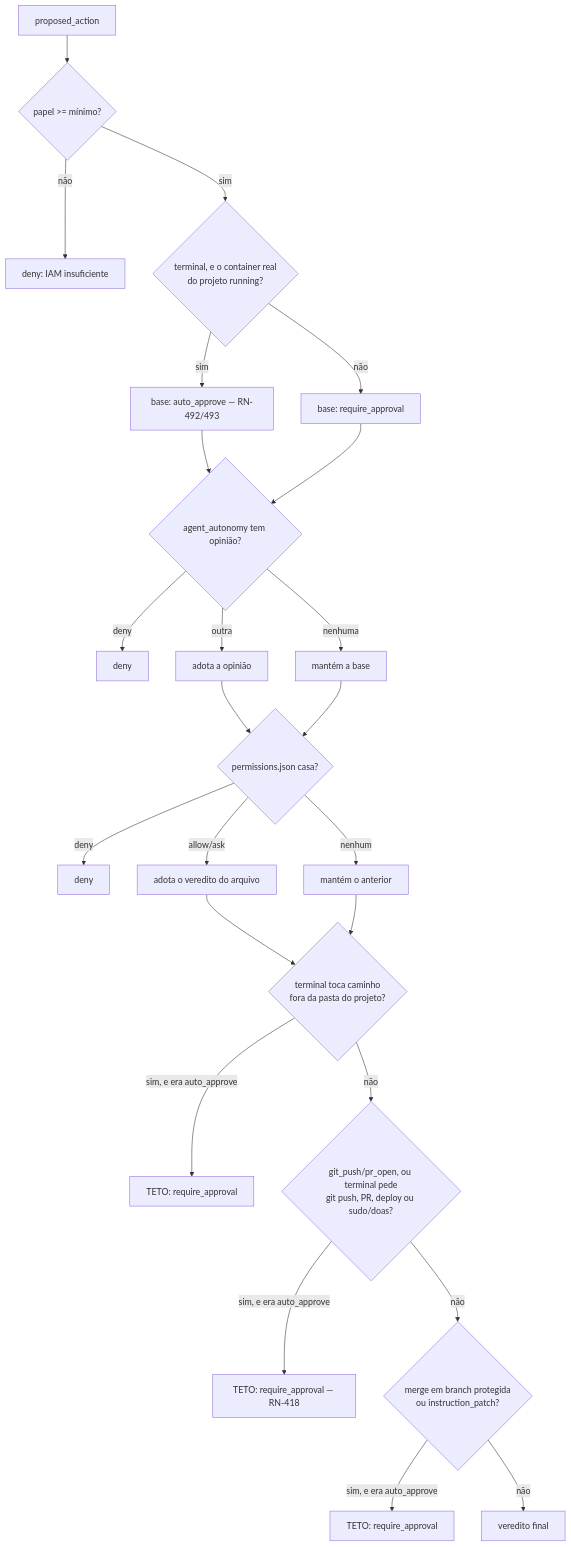
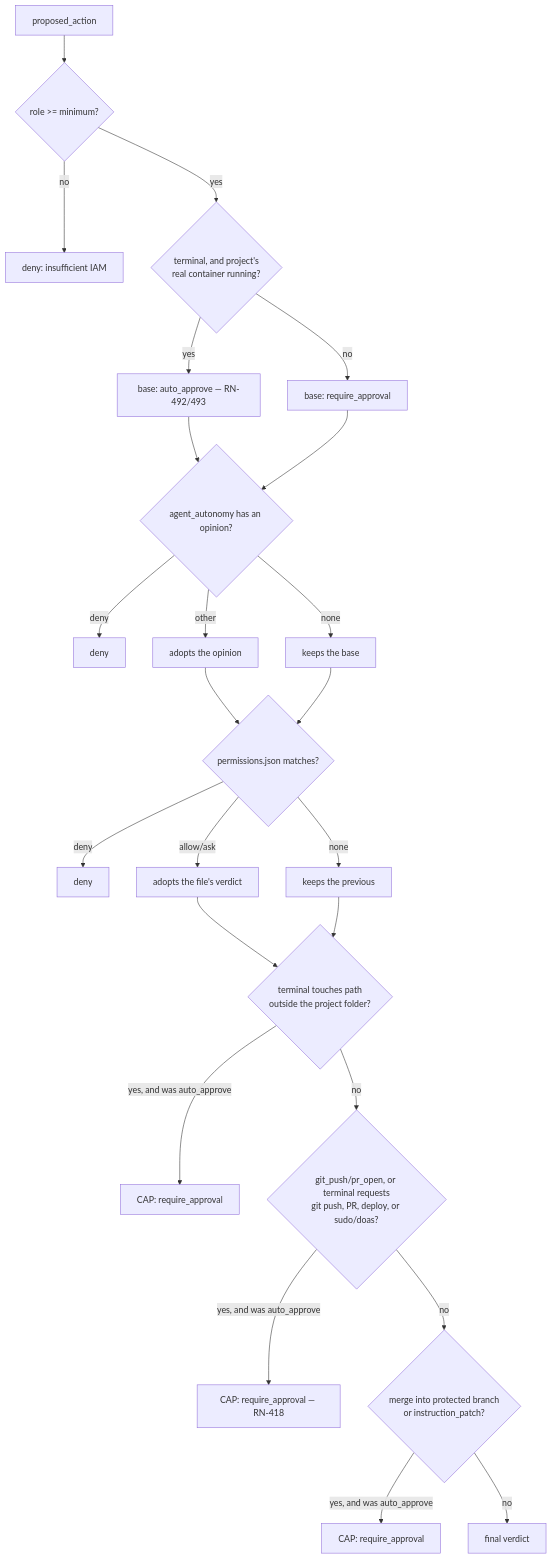
The diagram in docs/reference/permissions.md (viralabs-dev/brabo-api), drawn with Mermaid before and after one commit. The commit also changed other lines of this file and 30 other files, not shown here.

````diff
--- a/docs/reference/permissions.md
+++ b/docs/reference/permissions.md
@@ -284,26 +290,26 @@
 ```mermaid
 flowchart TD
-  A[proposed_action] --> B{papel >= mínimo?}
-  B -->|não| D1[deny: IAM insuficiente]
-  B -->|sim| C0{terminal, e o container real<br/>do projeto running?}
-  C0 -->|sim| C1[base: auto_approve — RN-492/493]
-  C0 -->|não| C[base: require_approval]
-  C1 --> D{agent_autonomy tem opinião?}
+  A[proposed_action] --> B{role >= minimum?}
+  B -->|no| D1[deny: insufficient IAM]
+  B -->|yes| C0{terminal, and project's<br/>real container running?}
+  C0 -->|yes| C1[base: auto_approve — RN-492/493]
+  C0 -->|no| C[base: require_approval]
+  C1 --> D{agent_autonomy has an opinion?}
   C --> D
   D -->|deny| D2[deny]
-  D -->|outra| E[adota a opinião]
-  D -->|nenhuma| E2[mantém a base]
-  E --> F{permissions.json casa?}
+  D -->|other| E[adopts the opinion]
+  D -->|none| E2[keeps the base]
+  E --> F{permissions.json matches?}
   E2 --> F
   F -->|deny| D3[deny]
-  F -->|allow/ask| G[adota o veredito do arquivo]
-  F -->|nenhum| G2[mantém o anterior]
-  G --> S{terminal toca caminho<br/>fora da pasta do projeto?}
+  F -->|allow/ask| G[adopts the file's verdict]
+  F -->|none| G2[keeps the previous]
+  G --> S{terminal touches path<br/>outside the project folder?}
   G2 --> S
-  S -->|sim, e era auto_approve| I2[TETO: require_approval]
-  S -->|não| Z{git_push/pr_open, ou terminal pede<br/>git push, PR, deploy ou sudo/doas?}
-  Z -->|sim, e era auto_approve| I3[TETO: require_approval — RN-418]
-  Z -->|não| H{merge em branch protegida<br/>ou instruction_patch?}
-  H -->|sim, e era auto_approve| I[TETO: require_approval]
-  H -->|não| J[veredito final]
+  S -->|yes, and was auto_approve| I2[CAP: require_approval]
+  S -->|no| Z{git_push/pr_open, or terminal requests<br/>git push, PR, deploy, or sudo/doas?}
+  Z -->|yes, and was auto_approve| I3[CAP: require_approval — RN-418]
+  Z -->|no| H{merge into protected branch<br/>or instruction_patch?}
+  H -->|yes, and was auto_approve| I[CAP: require_approval]
+  H -->|no| J[final verdict]
 ```
````
